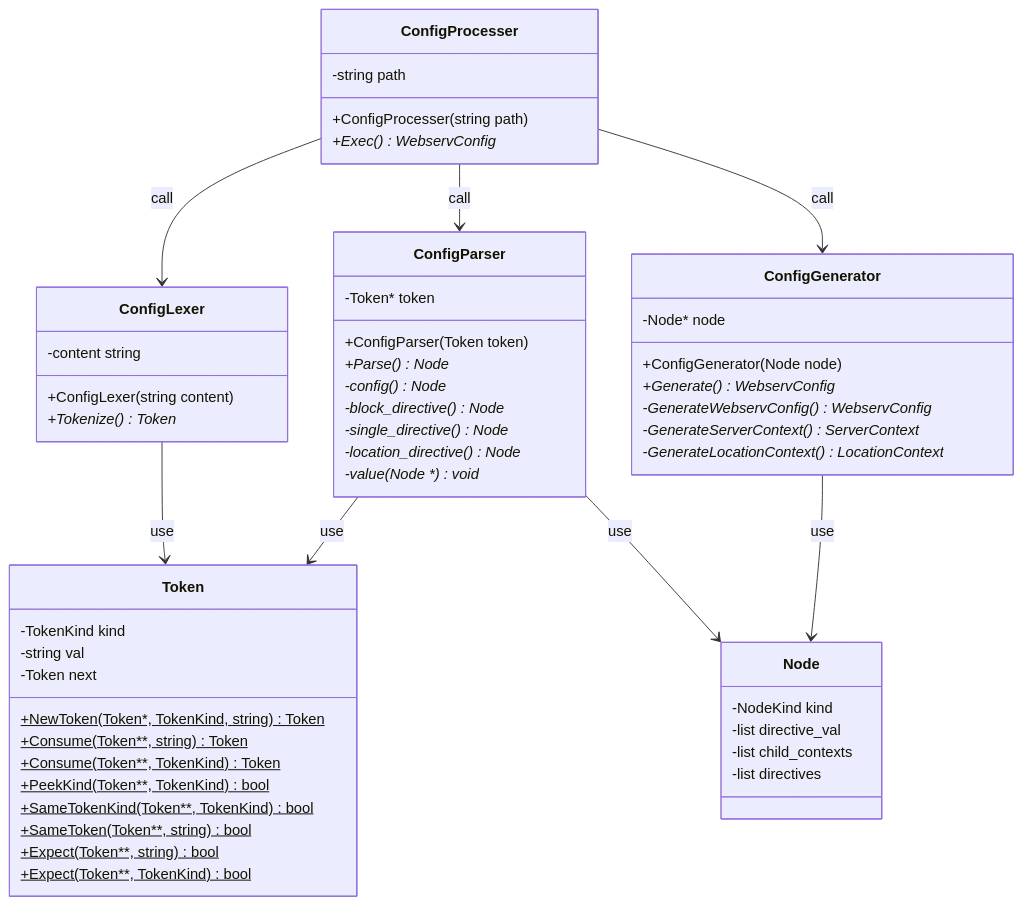
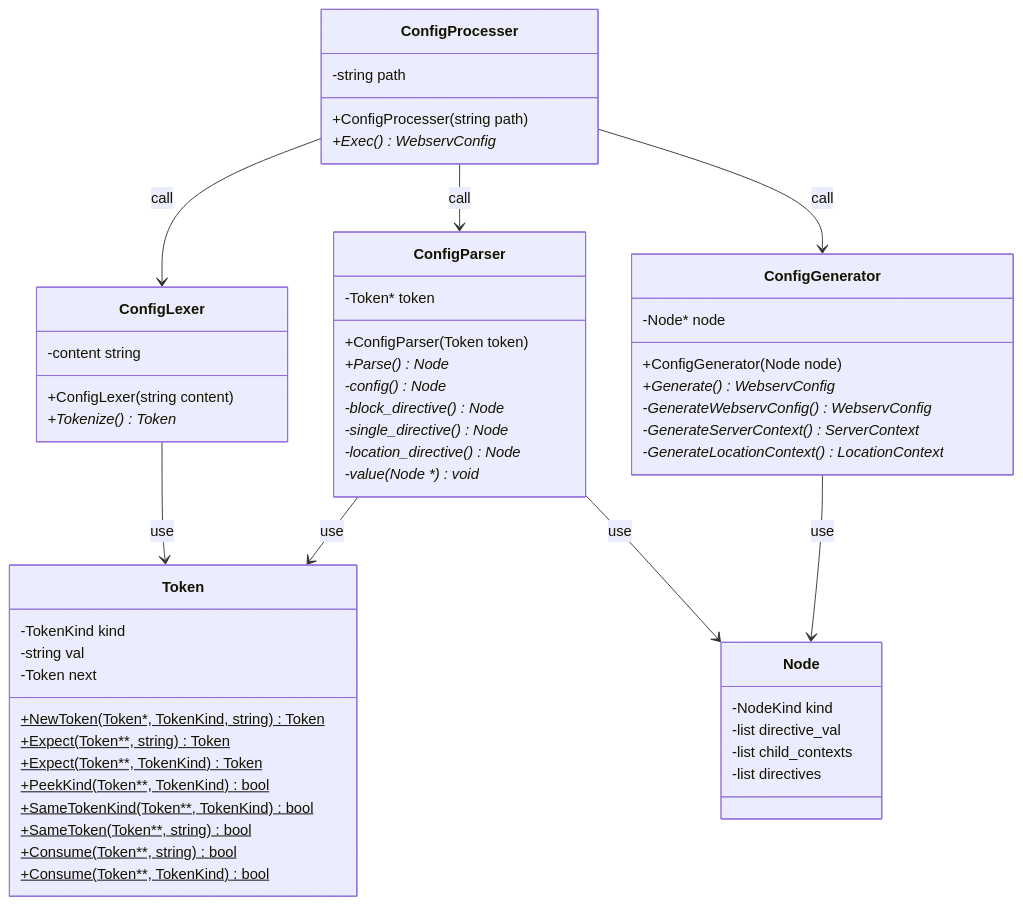
One commit to katataku/webserv changed the diagram in docs/class/config_parser_class.md. Above: the diagram before and after it, drawn with Mermaid. The commit also changed other lines of this file and 116 other files, not shown here.

````diff
--- a/docs/class/config_parser_class.md
+++ b/docs/class/config_parser_class.md
@@ -1,69 +1,69 @@
 ```mermaid
 classDiagram
     ConfigProcesser --> ConfigLexer : call
     ConfigProcesser --> ConfigParser : call
     ConfigProcesser --> ConfigGenerator : call
     ConfigLexer --> Token : use
     ConfigParser --> Token : use
     ConfigParser --> Node : use
     ConfigGenerator --> Node : use
 
     %% configファイルを解釈してWebservConfigを作成するところまでを担当 %%
     class ConfigProcesser {
       +ConfigProcesser(string path)
       +Exec()* WebservConfig
       -string path
     }
 
     %% configファイルの内容を字句解析するところまでを担当 %%
     class ConfigLexer {
       +ConfigLexer(string content)
       +Tokenize()* Token
       -content string
     }
 
     %% 軸解析後のトークンを構文解析するところまでを担当 %%
     class ConfigParser {
       +ConfigParser(Token token)
       +Parse()* Node
       -config()* Node
       -block_directive()* Node
       -single_directive()* Node
       -location_directive()* Node
       -value(Node *)* void
       -Token* token
     }
 
     %% 構文解析後のノードを元にWebservConfigを作成するところまでを担当 %%
     class ConfigGenerator {
       +ConfigGenerator(Node node)
       +Generate()* WebservConfig
       -GenerateWebservConfig()* WebservConfig
       -GenerateServerContext()* ServerContext
       -GenerateLocationContext()* LocationContext
       -Node* node
     }
 
     %% 字句解析後のトークンを表すクラス %%
     class Token {
         +NewToken(Token*, TokenKind, string)$ Token
-        +Consume(Token**, string)$ Token
-        +Consume(Token**, TokenKind)$ Token
+        +Expect(Token**, string)$ Token
+        +Expect(Token**, TokenKind)$ Token
         +PeekKind(Token**, TokenKind)$ bool
         +SameTokenKind(Token**, TokenKind)$ bool
         +SameToken(Token**, string)$ bool
-        +Expect(Token**, string)$ bool
-        +Expect(Token**, TokenKind)$ bool
+        +Consume(Token**, string)$ bool
+        +Consume(Token**, TokenKind)$ bool
         -TokenKind kind
         -string    val
         -Token     next
     }
 
     %% 構文解析後のノードを表すクラス %%
     class Node {
       -NodeKind     kind
       -list<string> directive_val
       -list<Node>   child_contexts
       -list<Node>   directives
     }
 ```
````
